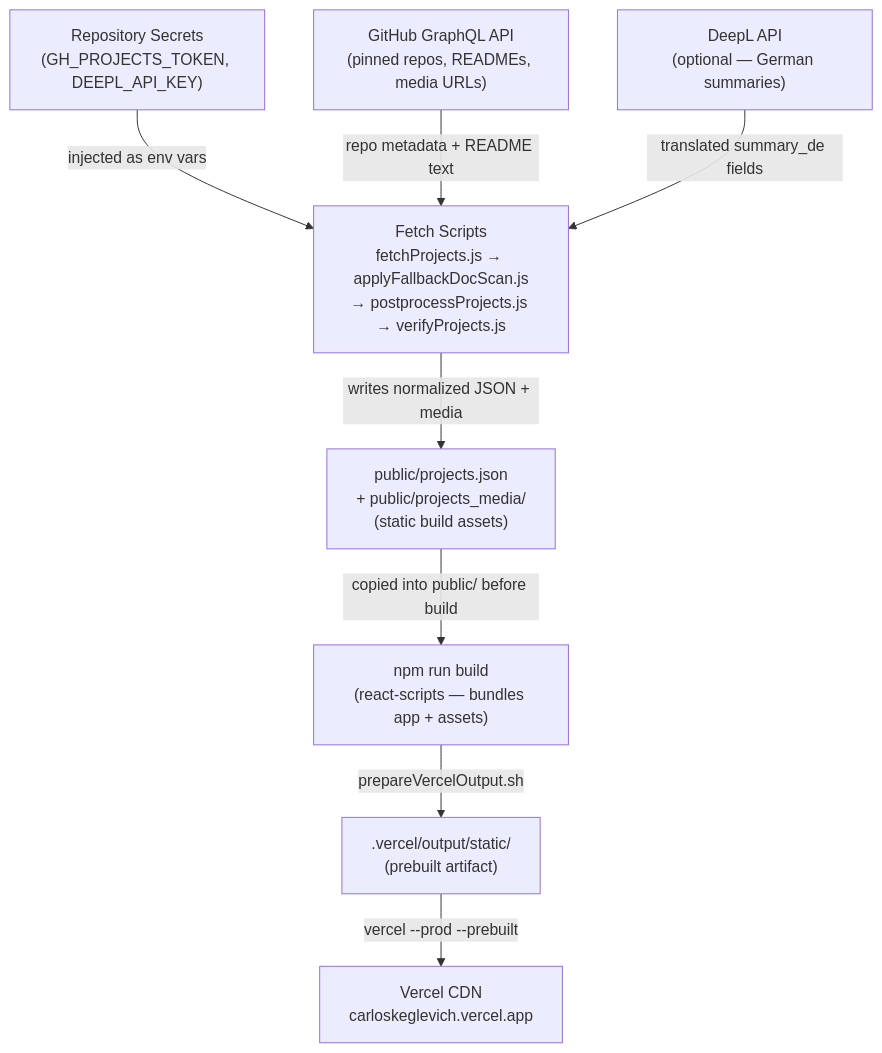
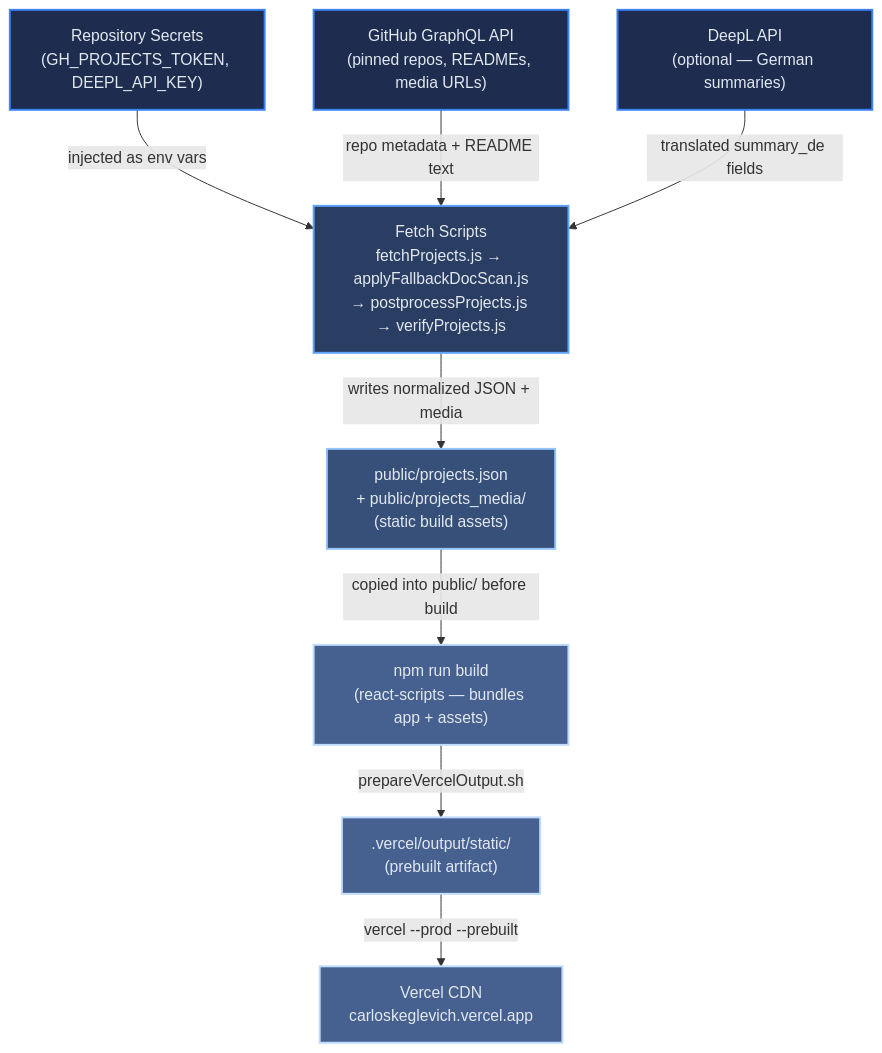
One commit to Keglev/my-portfolio changed the first of 2 diagrams in docs/deploy/data-flow.md. Above: the diagram before and after it, drawn with Mermaid. The commit also changed other lines of this file and 8 other files, not shown here.

Commit message:
changed style for make more colorful mermaid diagrams; updated docs to reflect change in style

````diff
--- a/docs/deploy/data-flow.md
+++ b/docs/deploy/data-flow.md
@@ -31,19 +31,29 @@
 ```mermaid
 flowchart TD
     GHGraphQL["GitHub GraphQL API\n(pinned repos, READMEs, media URLs)"]
     DeepL["DeepL API\n(optional — German summaries)"]
     Secrets["Repository Secrets\n(GH_PROJECTS_TOKEN, DEEPL_API_KEY)"]
     FetchScripts["Fetch Scripts\nfetchProjects.js → applyFallbackDocScan.js\n→ postprocessProjects.js → verifyProjects.js"]
     ProjectsJSON["public/projects.json\n+ public/projects_media/\n(static build assets)"]
     CRABuild["npm run build\n(react-scripts — bundles app + assets)"]
     VercelOutput[".vercel/output/static/\n(prebuilt artifact)"]
     VercelCDN["Vercel CDN\ncarloskeglevich.vercel.app"]
 
     Secrets -->|"injected as env vars"| FetchScripts
     GHGraphQL -->|"repo metadata + README text"| FetchScripts
     DeepL -->|"translated summary_de fields"| FetchScripts
     FetchScripts -->|"writes normalized JSON + media"| ProjectsJSON
     ProjectsJSON -->|"copied into public/ before build"| CRABuild
     CRABuild -->|"prepareVercelOutput.sh"| VercelOutput
     VercelOutput -->|"vercel --prod --prebuilt"| VercelCDN
+
+    class GHGraphQL,DeepL,Secrets l1
+    class FetchScripts l2
+    class ProjectsJSON l3
+    class CRABuild,VercelOutput,VercelCDN l4
+
+    classDef l1 fill:#1e2d4f,stroke:#3B82F6,stroke-width:2px,color:#E2E8F0
+    classDef l2 fill:#2a3d62,stroke:#60A5FA,stroke-width:2px,color:#E2E8F0
+    classDef l3 fill:#37507a,stroke:#93C5FD,stroke-width:2px,color:#E2E8F0
+    classDef l4 fill:#466090,stroke:#BFDBFE,stroke-width:2px,color:#E2E8F0
 ```
````
